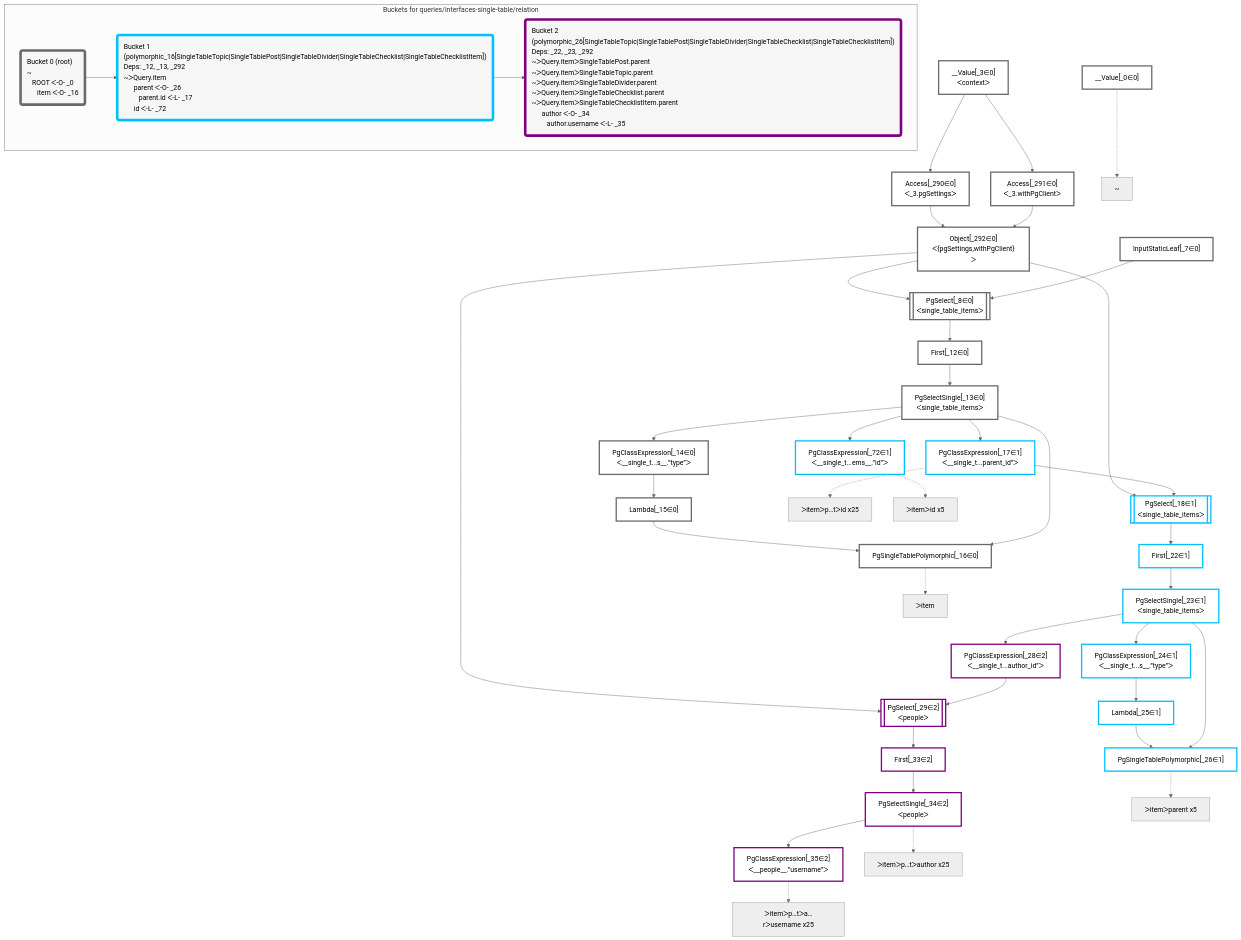
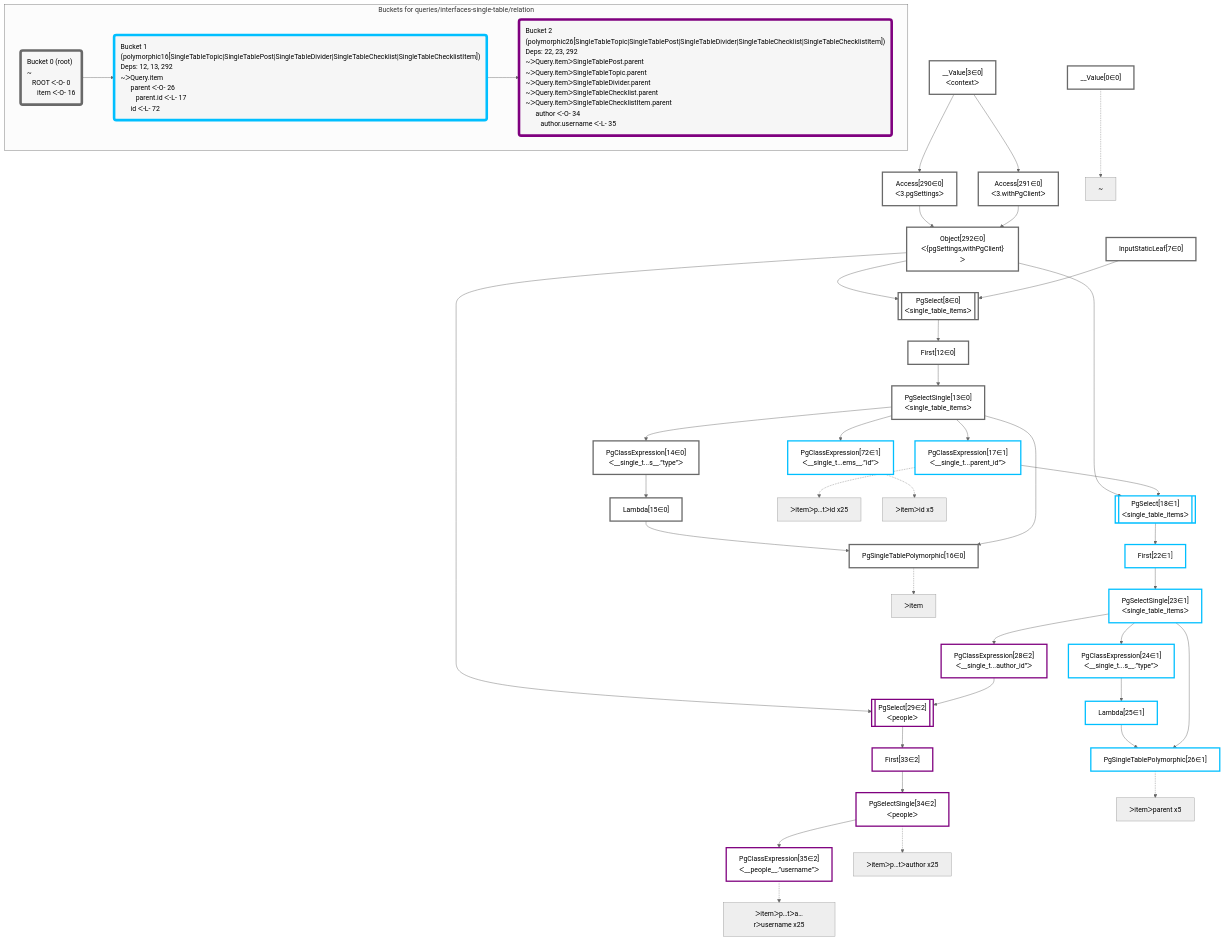
Before and after one commit to graphile/crystal: the diagram in packages/dataplan-pg/__tests__/queries/interfaces-single-table/relation.deopt.mermaid.md, drawn with Mermaid (neutral theme). The commit also changed 195 other files, not shown here.

```diff
--- a/packages/dataplan-pg/__tests__/queries/interfaces-single-table/relation.deopt.mermaid.md
+++ b/packages/dataplan-pg/__tests__/queries/interfaces-single-table/relation.deopt.mermaid.md
@@ -8,82 +8,82 @@
 
 
     %% define plans
-    __Value_0["__Value[_0∈0]"]:::plan
-    PgSingleTablePolymorphic_16["PgSingleTablePolymorphic[_16∈0]"]:::plan
-    Lambda_15["Lambda[_15∈0]"]:::plan
-    PgClassExpression_14["PgClassExpression[_14∈0]<br />ᐸ__single_t...s__.”type”ᐳ"]:::plan
-    PgSingleTablePolymorphic_26["PgSingleTablePolymorphic[_26∈1]"]:::plan
-    Lambda_25["Lambda[_25∈1]"]:::plan
-    PgClassExpression_24["PgClassExpression[_24∈1]<br />ᐸ__single_t...s__.”type”ᐳ"]:::plan
-    PgClassExpression_35["PgClassExpression[_35∈2]<br />ᐸ__people__.”username”ᐳ"]:::plan
-    PgSelectSingle_34["PgSelectSingle[_34∈2]<br />ᐸpeopleᐳ"]:::plan
-    First_33["First[_33∈2]"]:::plan
-    PgSelect_29[["PgSelect[_29∈2]<br />ᐸpeopleᐳ"]]:::plan
-    PgClassExpression_28["PgClassExpression[_28∈2]<br />ᐸ__single_t...author_id”ᐳ"]:::plan
-    PgSelectSingle_23["PgSelectSingle[_23∈1]<br />ᐸsingle_table_itemsᐳ"]:::plan
-    First_22["First[_22∈1]"]:::plan
-    PgSelect_18[["PgSelect[_18∈1]<br />ᐸsingle_table_itemsᐳ"]]:::plan
-    PgClassExpression_17["PgClassExpression[_17∈1]<br />ᐸ__single_t...parent_id”ᐳ"]:::plan
-    PgClassExpression_72["PgClassExpression[_72∈1]<br />ᐸ__single_t...ems__.”id”ᐳ"]:::plan
-    PgSelectSingle_13["PgSelectSingle[_13∈0]<br />ᐸsingle_table_itemsᐳ"]:::plan
-    First_12["First[_12∈0]"]:::plan
-    PgSelect_8[["PgSelect[_8∈0]<br />ᐸsingle_table_itemsᐳ"]]:::plan
-    Object_292["Object[_292∈0]<br />ᐸ{pgSettings,withPgClient}ᐳ"]:::plan
-    Access_290["Access[_290∈0]<br />ᐸ_3.pgSettingsᐳ"]:::plan
-    Access_291["Access[_291∈0]<br />ᐸ_3.withPgClientᐳ"]:::plan
-    __Value_3["__Value[_3∈0]<br />ᐸcontextᐳ"]:::plan
-    InputStaticLeaf_7["InputStaticLeaf[_7∈0]"]:::plan
+    __Value0["__Value[0∈0]"]:::plan
+    PgSingleTablePolymorphic16["PgSingleTablePolymorphic[16∈0]"]:::plan
+    Lambda15["Lambda[15∈0]"]:::plan
+    PgClassExpression14["PgClassExpression[14∈0]<br />ᐸ__single_t...s__.”type”ᐳ"]:::plan
+    PgSingleTablePolymorphic26["PgSingleTablePolymorphic[26∈1]"]:::plan
+    Lambda25["Lambda[25∈1]"]:::plan
+    PgClassExpression24["PgClassExpression[24∈1]<br />ᐸ__single_t...s__.”type”ᐳ"]:::plan
+    PgClassExpression35["PgClassExpression[35∈2]<br />ᐸ__people__.”username”ᐳ"]:::plan
+    PgSelectSingle34["PgSelectSingle[34∈2]<br />ᐸpeopleᐳ"]:::plan
+    First33["First[33∈2]"]:::plan
+    PgSelect29[["PgSelect[29∈2]<br />ᐸpeopleᐳ"]]:::plan
+    PgClassExpression28["PgClassExpression[28∈2]<br />ᐸ__single_t...author_id”ᐳ"]:::plan
+    PgSelectSingle23["PgSelectSingle[23∈1]<br />ᐸsingle_table_itemsᐳ"]:::plan
+    First22["First[22∈1]"]:::plan
+    PgSelect18[["PgSelect[18∈1]<br />ᐸsingle_table_itemsᐳ"]]:::plan
+    PgClassExpression17["PgClassExpression[17∈1]<br />ᐸ__single_t...parent_id”ᐳ"]:::plan
+    PgClassExpression72["PgClassExpression[72∈1]<br />ᐸ__single_t...ems__.”id”ᐳ"]:::plan
+    PgSelectSingle13["PgSelectSingle[13∈0]<br />ᐸsingle_table_itemsᐳ"]:::plan
+    First12["First[12∈0]"]:::plan
+    PgSelect8[["PgSelect[8∈0]<br />ᐸsingle_table_itemsᐳ"]]:::plan
+    Object292["Object[292∈0]<br />ᐸ{pgSettings,withPgClient}ᐳ"]:::plan
+    Access290["Access[290∈0]<br />ᐸ3.pgSettingsᐳ"]:::plan
+    Access291["Access[291∈0]<br />ᐸ3.withPgClientᐳ"]:::plan
+    __Value3["__Value[3∈0]<br />ᐸcontextᐳ"]:::plan
+    InputStaticLeaf7["InputStaticLeaf[7∈0]"]:::plan
 
     %% plan dependencies
-    Lambda_15 & PgSelectSingle_13 --> PgSingleTablePolymorphic_16
-    PgClassExpression_14 --> Lambda_15
-    PgSelectSingle_13 --> PgClassExpression_14
-    Lambda_25 & PgSelectSingle_23 --> PgSingleTablePolymorphic_26
-    PgClassExpression_24 --> Lambda_25
-    PgSelectSingle_23 --> PgClassExpression_24
-    PgSelectSingle_34 --> PgClassExpression_35
-    First_33 --> PgSelectSingle_34
-    PgSelect_29 --> First_33
-    Object_292 & PgClassExpression_28 --> PgSelect_29
-    PgSelectSingle_23 --> PgClassExpression_28
-    First_22 --> PgSelectSingle_23
-    PgSelect_18 --> First_22
-    Object_292 & PgClassExpression_17 --> PgSelect_18
-    PgSelectSingle_13 --> PgClassExpression_17
-    PgSelectSingle_13 --> PgClassExpression_72
-    First_12 --> PgSelectSingle_13
-    PgSelect_8 --> First_12
-    Object_292 & InputStaticLeaf_7 --> PgSelect_8
-    Access_290 & Access_291 --> Object_292
-    __Value_3 --> Access_290
-    __Value_3 --> Access_291
+    Lambda15 & PgSelectSingle13 --> PgSingleTablePolymorphic16
+    PgClassExpression14 --> Lambda15
+    PgSelectSingle13 --> PgClassExpression14
+    Lambda25 & PgSelectSingle23 --> PgSingleTablePolymorphic26
+    PgClassExpression24 --> Lambda25
+    PgSelectSingle23 --> PgClassExpression24
+    PgSelectSingle34 --> PgClassExpression35
+    First33 --> PgSelectSingle34
+    PgSelect29 --> First33
+    Object292 & PgClassExpression28 --> PgSelect29
+    PgSelectSingle23 --> PgClassExpression28
+    First22 --> PgSelectSingle23
+    PgSelect18 --> First22
+    Object292 & PgClassExpression17 --> PgSelect18
+    PgSelectSingle13 --> PgClassExpression17
+    PgSelectSingle13 --> PgClassExpression72
+    First12 --> PgSelectSingle13
+    PgSelect8 --> First12
+    Object292 & InputStaticLeaf7 --> PgSelect8
+    Access290 & Access291 --> Object292
+    __Value3 --> Access290
+    __Value3 --> Access291
 
     %% plan-to-path relationships
-    P_0["~"]
-    __Value_0 -.-> P_0
-    P_16["ᐳitem"]
-    PgSingleTablePolymorphic_16 -.-> P_16
-    P_17["ᐳitemᐳp…tᐳid x25"]
-    PgClassExpression_17 -.-> P_17
-    P_26["ᐳitemᐳparent x5"]
-    PgSingleTablePolymorphic_26 -.-> P_26
-    P_34["ᐳitemᐳp…tᐳauthor x25"]
-    PgSelectSingle_34 -.-> P_34
-    P_35["ᐳitemᐳp…tᐳa…rᐳusername x25"]
-    PgClassExpression_35 -.-> P_35
-    P_72["ᐳitemᐳid x5"]
-    PgClassExpression_72 -.-> P_72
+    P0["~"]
+    __Value0 -.-> P0
+    P16["ᐳitem"]
+    PgSingleTablePolymorphic16 -.-> P16
+    P17["ᐳitemᐳp…tᐳid x25"]
+    PgClassExpression17 -.-> P17
+    P26["ᐳitemᐳparent x5"]
+    PgSingleTablePolymorphic26 -.-> P26
+    P34["ᐳitemᐳp…tᐳauthor x25"]
+    PgSelectSingle34 -.-> P34
+    P35["ᐳitemᐳp…tᐳa…rᐳusername x25"]
+    PgClassExpression35 -.-> P35
+    P72["ᐳitemᐳid x5"]
+    PgClassExpression72 -.-> P72
 
     subgraph "Buckets for queries/interfaces-single-table/relation"
-    Bucket0("Bucket 0 (root)<br />~<br />⠀ROOT ᐸ-O- _0<br />⠀⠀item ᐸ-O- _16"):::bucket
+    Bucket0("Bucket 0 (root)<br />~<br />⠀ROOT ᐸ-O- 0<br />⠀⠀item ᐸ-O- 16"):::bucket
     classDef bucket0 stroke:#696969
-    class Bucket0,__Value_0,__Value_3,InputStaticLeaf_7,PgSelect_8,First_12,PgSelectSingle_13,PgClassExpression_14,Lambda_15,PgSingleTablePolymorphic_16,Access_290,Access_291,Object_292 bucket0
-    Bucket1("Bucket 1 (polymorphic_16[SingleTableTopic|SingleTablePost|SingleTableDivider|SingleTableChecklist|SingleTableChecklistItem])<br />Deps: _12, _13, _292<br />~ᐳQuery.item<br />⠀⠀parent ᐸ-O- _26<br />⠀⠀⠀parent.id ᐸ-L- _17<br />⠀⠀id ᐸ-L- _72"):::bucket
+    class Bucket0,__Value0,__Value3,InputStaticLeaf7,PgSelect8,First12,PgSelectSingle13,PgClassExpression14,Lambda15,PgSingleTablePolymorphic16,Access290,Access291,Object292 bucket0
+    Bucket1("Bucket 1 (polymorphic16[SingleTableTopic|SingleTablePost|SingleTableDivider|SingleTableChecklist|SingleTableChecklistItem])<br />Deps: 12, 13, 292<br />~ᐳQuery.item<br />⠀⠀parent ᐸ-O- 26<br />⠀⠀⠀parent.id ᐸ-L- 17<br />⠀⠀id ᐸ-L- 72"):::bucket
     classDef bucket1 stroke:#00bfff
-    class Bucket1,PgClassExpression_17,PgSelect_18,First_22,PgSelectSingle_23,PgClassExpression_24,Lambda_25,PgSingleTablePolymorphic_26,PgClassExpression_72 bucket1
-    Bucket2("Bucket 2 (polymorphic_26[SingleTableTopic|SingleTablePost|SingleTableDivider|SingleTableChecklist|SingleTableChecklistItem])<br />Deps: _22, _23, _292<br />~ᐳQuery.itemᐳSingleTablePost.parent<br />~ᐳQuery.itemᐳSingleTableTopic.parent<br />~ᐳQuery.itemᐳSingleTableDivider.parent<br />~ᐳQuery.itemᐳSingleTableChecklist.parent<br />~ᐳQuery.itemᐳSingleTableChecklistItem.parent<br />⠀⠀author ᐸ-O- _34<br />⠀⠀⠀author.username ᐸ-L- _35"):::bucket
+    class Bucket1,PgClassExpression17,PgSelect18,First22,PgSelectSingle23,PgClassExpression24,Lambda25,PgSingleTablePolymorphic26,PgClassExpression72 bucket1
+    Bucket2("Bucket 2 (polymorphic26[SingleTableTopic|SingleTablePost|SingleTableDivider|SingleTableChecklist|SingleTableChecklistItem])<br />Deps: 22, 23, 292<br />~ᐳQuery.itemᐳSingleTablePost.parent<br />~ᐳQuery.itemᐳSingleTableTopic.parent<br />~ᐳQuery.itemᐳSingleTableDivider.parent<br />~ᐳQuery.itemᐳSingleTableChecklist.parent<br />~ᐳQuery.itemᐳSingleTableChecklistItem.parent<br />⠀⠀author ᐸ-O- 34<br />⠀⠀⠀author.username ᐸ-L- 35"):::bucket
     classDef bucket2 stroke:#7f007f
-    class Bucket2,PgClassExpression_28,PgSelect_29,First_33,PgSelectSingle_34,PgClassExpression_35 bucket2
+    class Bucket2,PgClassExpression28,PgSelect29,First33,PgSelectSingle34,PgClassExpression35 bucket2
     Bucket0 --> Bucket1
     Bucket1 --> Bucket2
     end
```
